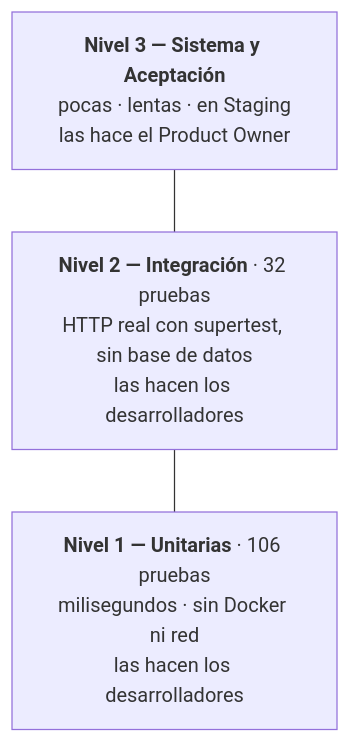
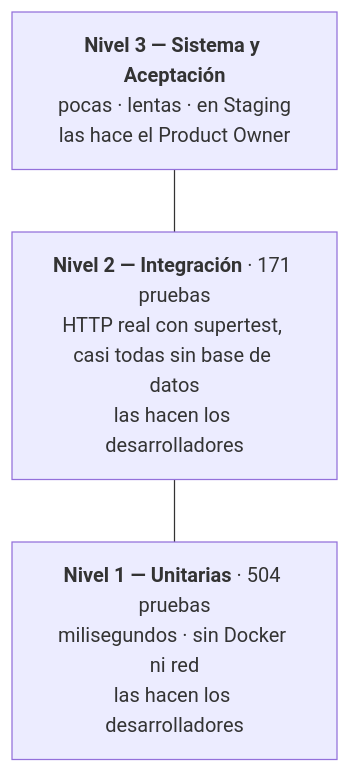
Before and after one commit to Isacasvas123/proyecto-becas: the diagram in docs/19-plan-pruebas.md, drawn with Mermaid. The commit also changed other lines of this file and 2 other files, not shown here.

First line of the commit message:
docs: corregir las cifras y el estado de la proteccion de ramas en los planes de calidad y de pruebas

````diff
--- a/docs/19-plan-pruebas.md
+++ b/docs/19-plan-pruebas.md
@@ -91,8 +91,8 @@
 ```mermaid
 flowchart TB
     N3["<b>Nivel 3 — Sistema y Aceptación</b><br/>pocas · lentas · en Staging<br/>las hace el Product Owner"]
-    N2["<b>Nivel 2 — Integración</b> · 32 pruebas<br/>HTTP real con supertest, sin base de datos<br/>las hacen los desarrolladores"]
-    N1["<b>Nivel 1 — Unitarias</b> · 106 pruebas<br/>milisegundos · sin Docker ni red<br/>las hacen los desarrolladores"]
+    N2["<b>Nivel 2 — Integración</b> · 171 pruebas<br/>HTTP real con supertest, casi todas sin base de datos<br/>las hacen los desarrolladores"]
+    N1["<b>Nivel 1 — Unitarias</b> · 504 pruebas<br/>milisegundos · sin Docker ni red<br/>las hacen los desarrolladores"]
 
     N3 --- N2 --- N1
 ```
````
